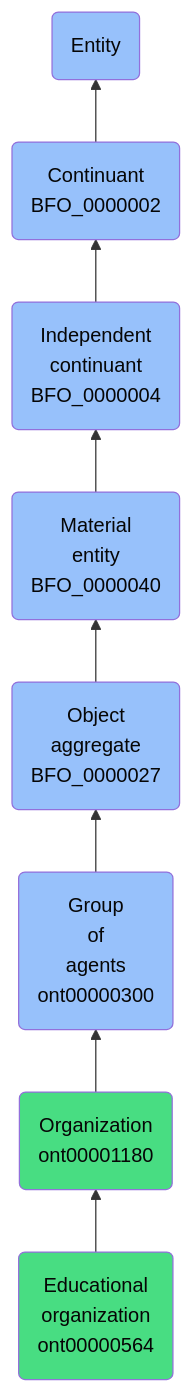
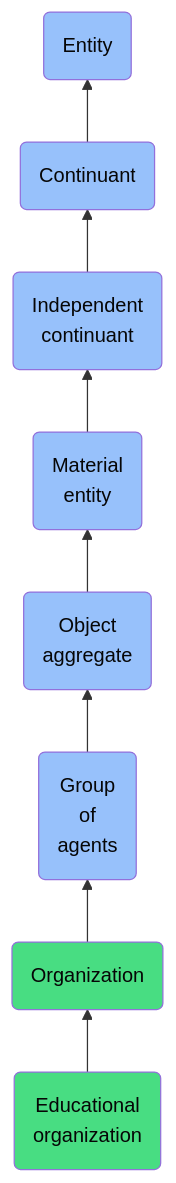
The diagram in docs/ontology/reference/model/Entity/Continuant/Independent continuant/Material entity/Object aggregate/Group of agents/Organization/Educational organization/Educational organization.md (jupyter-naas/abi), drawn with Mermaid before and after one commit. The commit also changed other lines of this file and 1430 other files, not shown here.

````diff
--- a/docs/ontology/reference/model/Entity/Continuant/Independent continuant/Material entity/Object aggregate/Group of agents/Organization/Educational organization/Educational organization.md
+++ b/docs/ontology/reference/model/Entity/Continuant/Independent continuant/Material entity/Object aggregate/Group of agents/Organization/Educational organization/Educational organization.md
@@ -24,15 +24,15 @@
 ```mermaid
 graph BT
-    ont00000564(Educational<br>organization<br>ont00000564):::ABI-->ont00001180
-    ont00001180(Organization<br>ont00001180):::ABI-->ont00000300
-    ont00000300(Group<br>of<br>agents<br>ont00000300):::BFO-->BFO_0000027
-    BFO_0000027(Object<br>aggregate<br>BFO_0000027):::BFO-->BFO_0000040
-    BFO_0000040(Material<br>entity<br>BFO_0000040):::BFO-->BFO_0000004
-    BFO_0000004(Independent<br>continuant<br>BFO_0000004):::BFO-->BFO_0000002
-    BFO_0000002(Continuant<br>BFO_0000002):::BFO-->BFO_0000001
+    ont00000564(Educational<br>organization):::ABI-->ont00001180
+    ont00001180(Organization):::ABI-->ont00000300
+    ont00000300(Group<br>of<br>agents):::BFO-->BFO_0000027
+    BFO_0000027(Object<br>aggregate):::BFO-->BFO_0000040
+    BFO_0000040(Material<br>entity):::BFO-->BFO_0000004
+    BFO_0000004(Independent<br>continuant):::BFO-->BFO_0000002
+    BFO_0000002(Continuant):::BFO-->BFO_0000001
     BFO_0000001(Entity):::BFO
     
     classDef BFO fill:#97c1fb,color:#060606
     classDef CCO fill:#e4c51e,color:#060606
     classDef ABI fill:#48DD82,color:#060606
 ```
````
